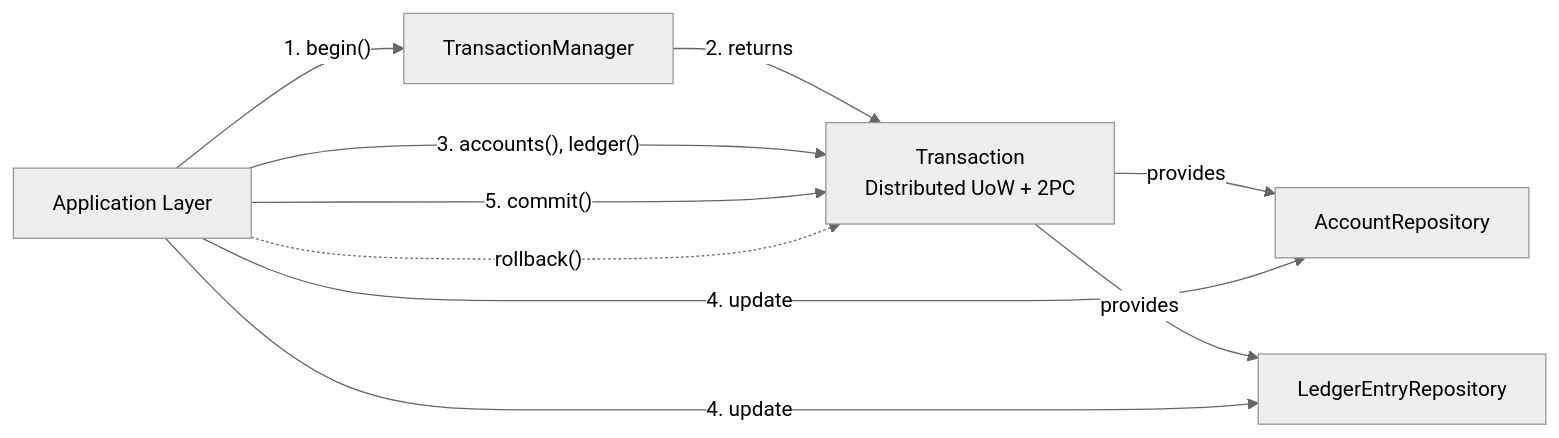
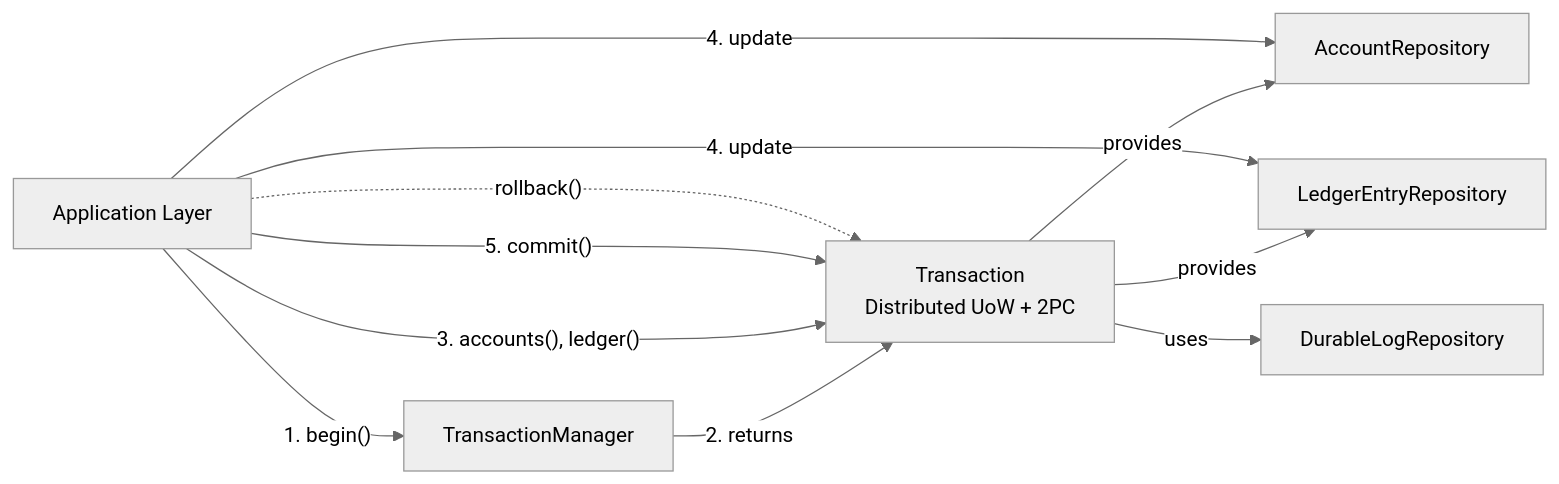
One commit to Paymvi/Multi-Database changed the fifth of 6 diagrams in doc/design.md. Above: the diagram before and after it, drawn with Mermaid (neutral theme). The commit also changed other lines of this file and 1 other file, not shown here.

````diff
--- a/doc/design.md
+++ b/doc/design.md
@@ -177,15 +180,16 @@
 ```mermaid
 flowchart LR
     APP[Application Layer] --1. begin()--> TM[TransactionManager]
     TM --2. returns--> TX[Transaction<br/>Distributed UoW + 2PC]
 
     APP --3. accounts(), ledger()--> TX
     TX --provides--> AR[AccountRepository]
     TX --provides--> LR[LedgerEntryRepository]
+    TX --uses--> DL[DurableLogRepository]
 
     APP --4. update--> AR
     APP --4. update--> LR
 
     APP --5. commit()--> TX
     APP -. rollback() .-> TX
 ```
````
